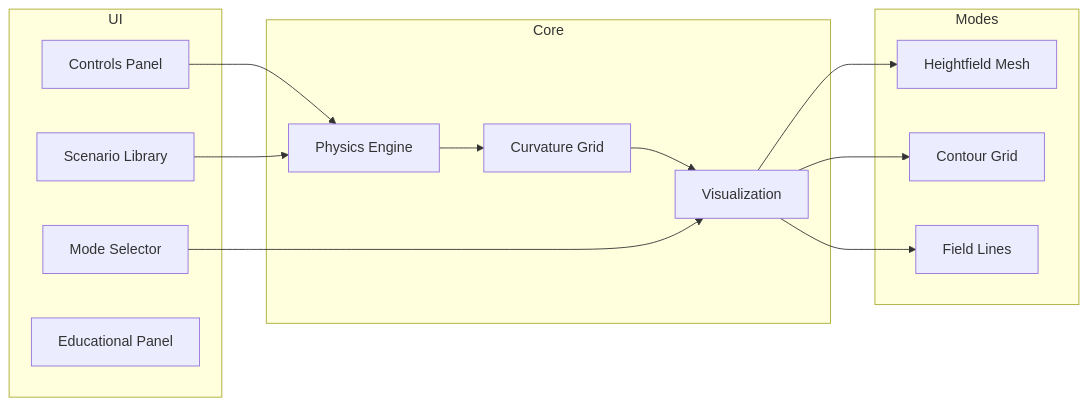
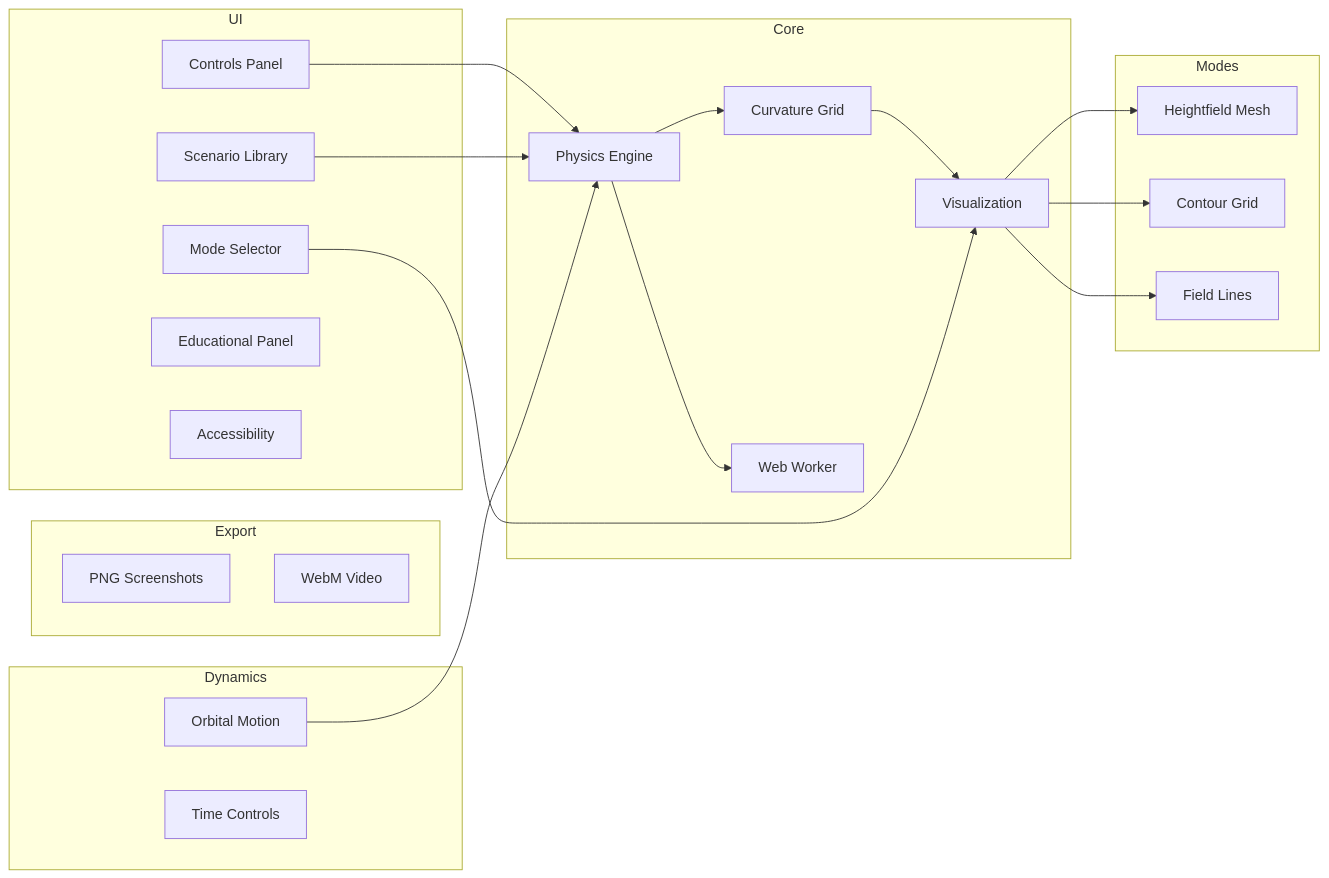
Before and after one commit to AgentFoundryExamples/spacetime-visualizer: the diagram in docs/roadmap.md, drawn with Mermaid. The commit also changed other lines of this file and 4 other files, not shown here.

First line of the commit message:
Bump version to v0.2.0 with changelog, roadmap, and env updates (#22)

````diff
--- a/docs/roadmap.md
+++ b/docs/roadmap.md
@@ -11,24 +11,37 @@
 ```mermaid
 graph LR
     subgraph Core
         A[Physics Engine] --> B[Curvature Grid]
         B --> C[Visualization]
+        A --> W[Web Worker]
     end
     
     subgraph Modes
         C --> D[Heightfield Mesh]
         C --> E[Contour Grid]
         C --> F[Field Lines]
     end
     
+    subgraph Dynamics
+        O[Orbital Motion]
+        T[Time Controls]
+    end
+    
+    subgraph Export
+        P[PNG Screenshots]
+        V[WebM Video]
+    end
+    
     subgraph UI
         G[Controls Panel]
         H[Mode Selector]
         I[Scenario Library]
         J[Educational Panel]
+        K[Accessibility]
     end
     
     G --> A
     H --> C
     I --> A
+    O --> A
 ```
````
